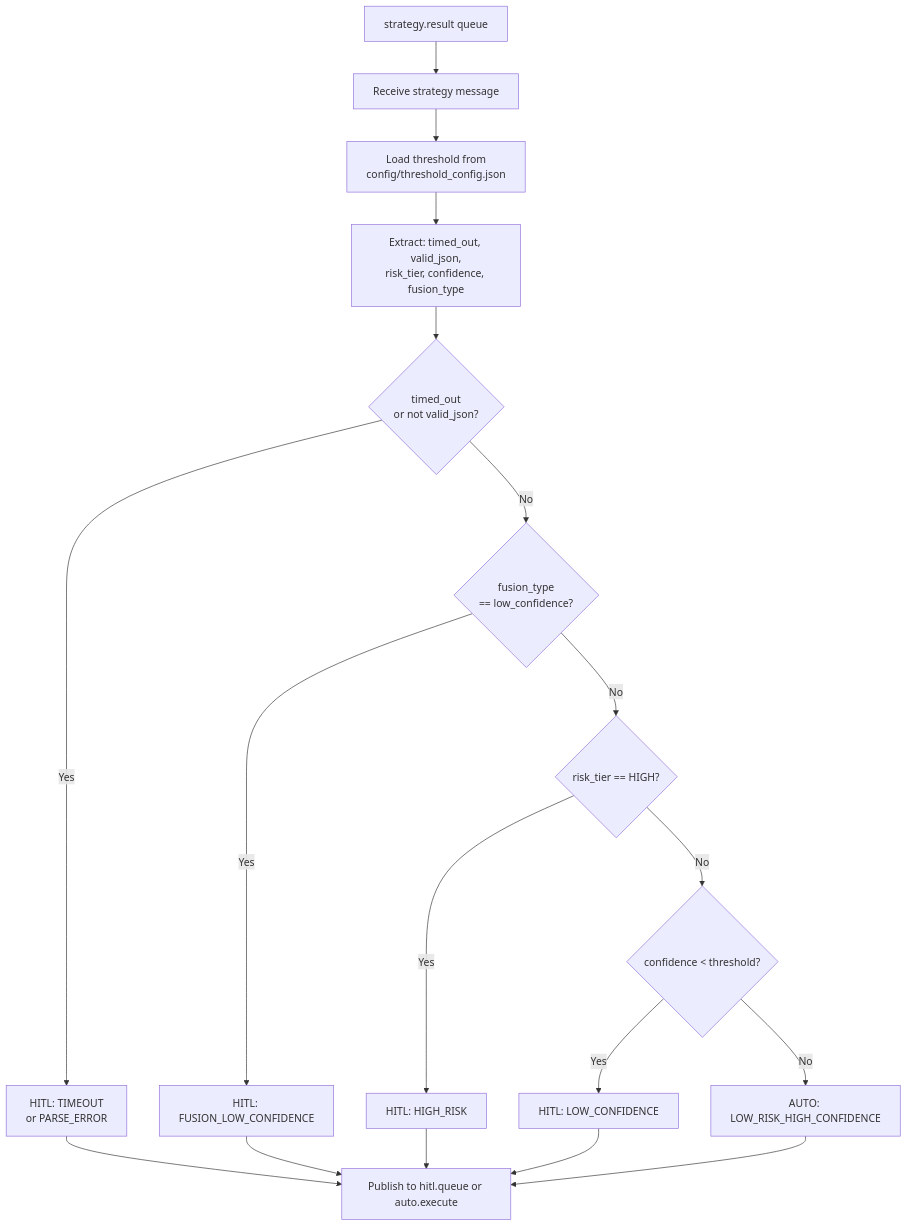
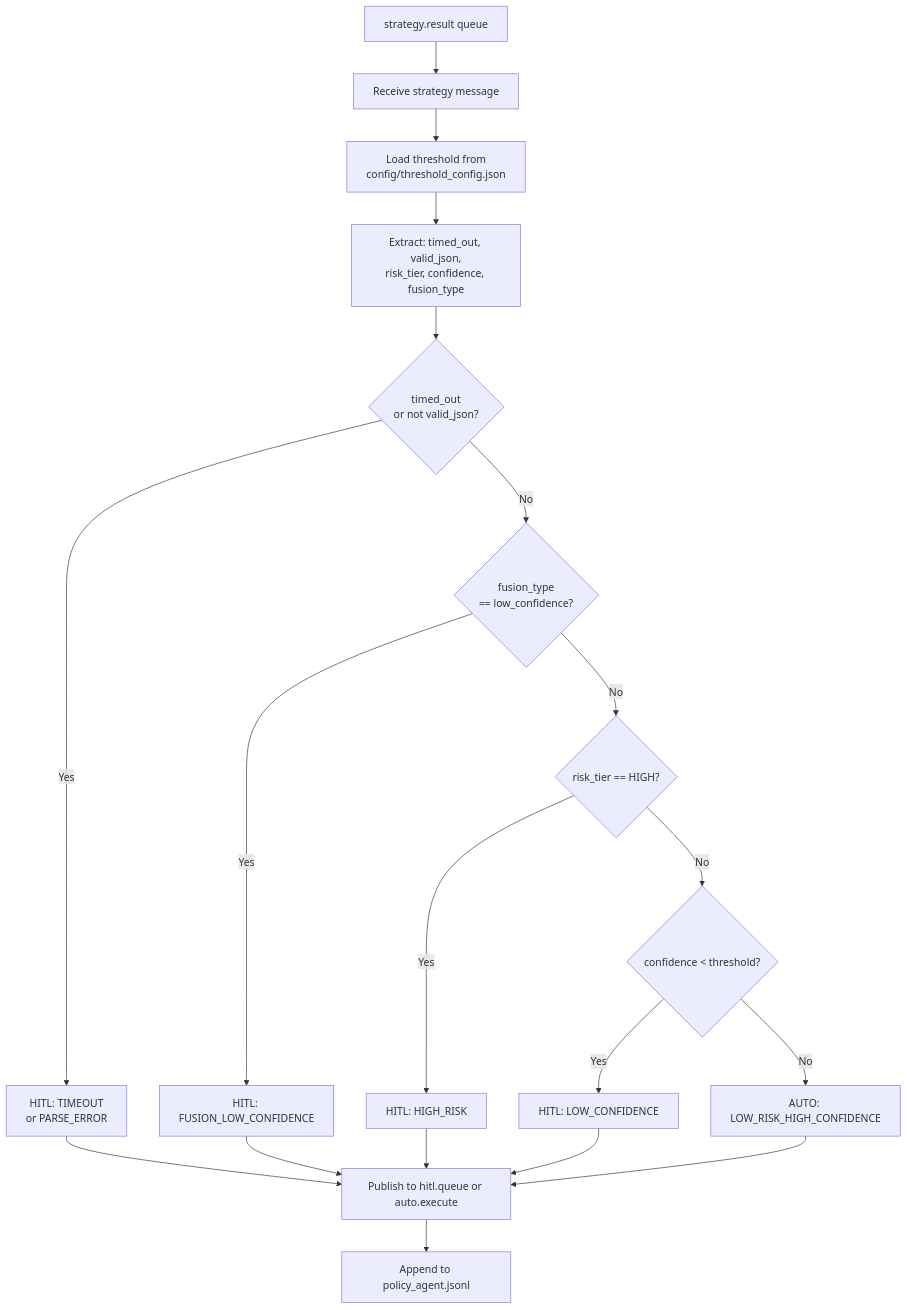
One commit to Spectre206/fyp-pipeline changed the third of 4 diagrams in layer2/docs/layer2_component_log.md. Above: the diagram before and after it, drawn with Mermaid. The commit also changed other lines of this file and 10 other files, not shown here.

````diff
--- a/layer2/docs/layer2_component_log.md
+++ b/layer2/docs/layer2_component_log.md
@@ -166,20 +160,21 @@
 ```mermaid
 flowchart TD
     A[strategy.result queue] --> B[Receive strategy message]
     B --> C["Load threshold from<br/>config/threshold_config.json"]
     C --> D["Extract: timed_out, valid_json,<br/>risk_tier, confidence, fusion_type"]
     D --> E{timed_out<br/>or not valid_json?}
     E -- Yes --> F["HITL: TIMEOUT<br/>or PARSE_ERROR"]
     E -- No --> G{fusion_type<br/>== low_confidence?}
     G -- Yes --> H["HITL: FUSION_LOW_CONFIDENCE"]
     G -- No --> I{risk_tier == HIGH?}
     I -- Yes --> J["HITL: HIGH_RISK"]
     I -- No --> K{confidence < threshold?}
     K -- Yes --> L["HITL: LOW_CONFIDENCE"]
     K -- No --> M["AUTO: LOW_RISK_HIGH_CONFIDENCE"]
     F --> N[Publish to hitl.queue or auto.execute]
     H --> N
     J --> N
     L --> N
     M --> N
+    N --> O[Append to policy_agent.jsonl]
 ```
````
